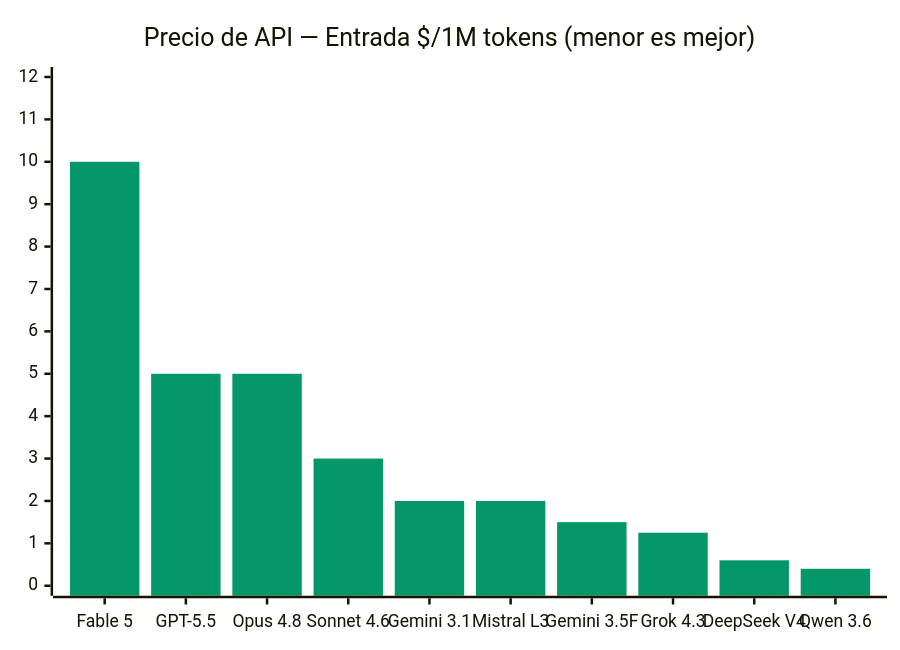
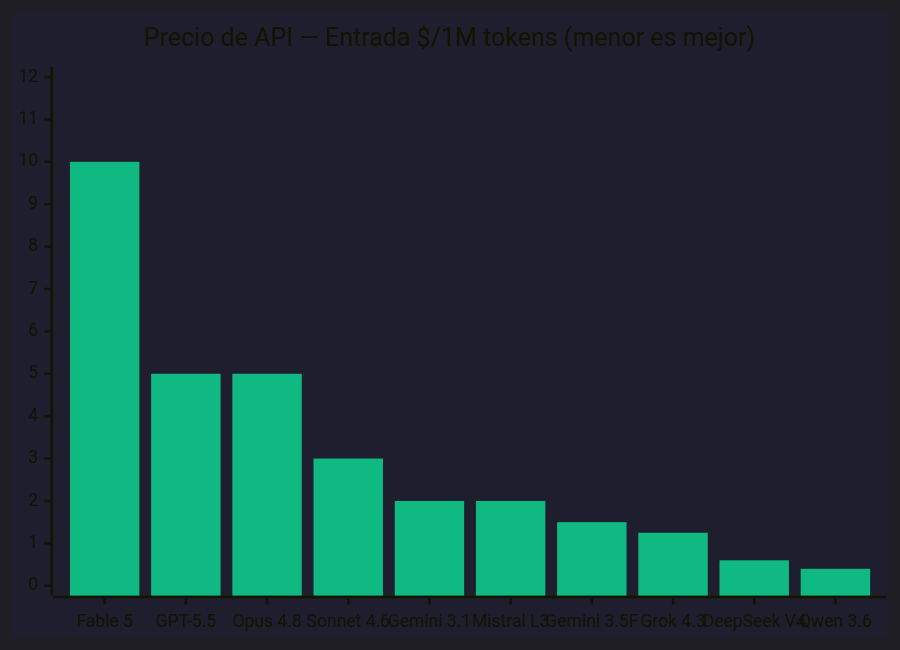
The fifth of 6 diagrams in README.md (pjbarberoiglesias/Panorama-IA), drawn with Mermaid before and after one commit. The commit also changed other lines of this file and 3 other files, not shown here.

````diff
--- a/README.md
+++ b/README.md
@@ -164,8 +169,8 @@
 ```mermaid
-%%{init: {'theme': 'base', 'themeVariables': {'xyChart': {'backgroundColor': '#ffffff', 'plotColorPalette': '#059669'}}}}%%
+%%{init: {'theme': 'dark', 'themeVariables': {'xyChart': {'backgroundColor': '#1e1e2e', 'plotColorPalette': '#10b981'}}}}%%
 xychart-beta
     title "Precio de API — Entrada $/1M tokens (menor es mejor)"
     x-axis ["Fable 5", "GPT-5.5", "Opus 4.8", "Sonnet 4.6", "Gemini 3.1", "Mistral L3", "Gemini 3.5F", "Grok 4.3", "DeepSeek V4", "Qwen 3.6"]
     y-axis 0 --> 12
     bar [10.0, 5.0, 5.0, 3.0, 2.0, 2.0, 1.5, 1.25, 0.6, 0.4]
 ```
````
